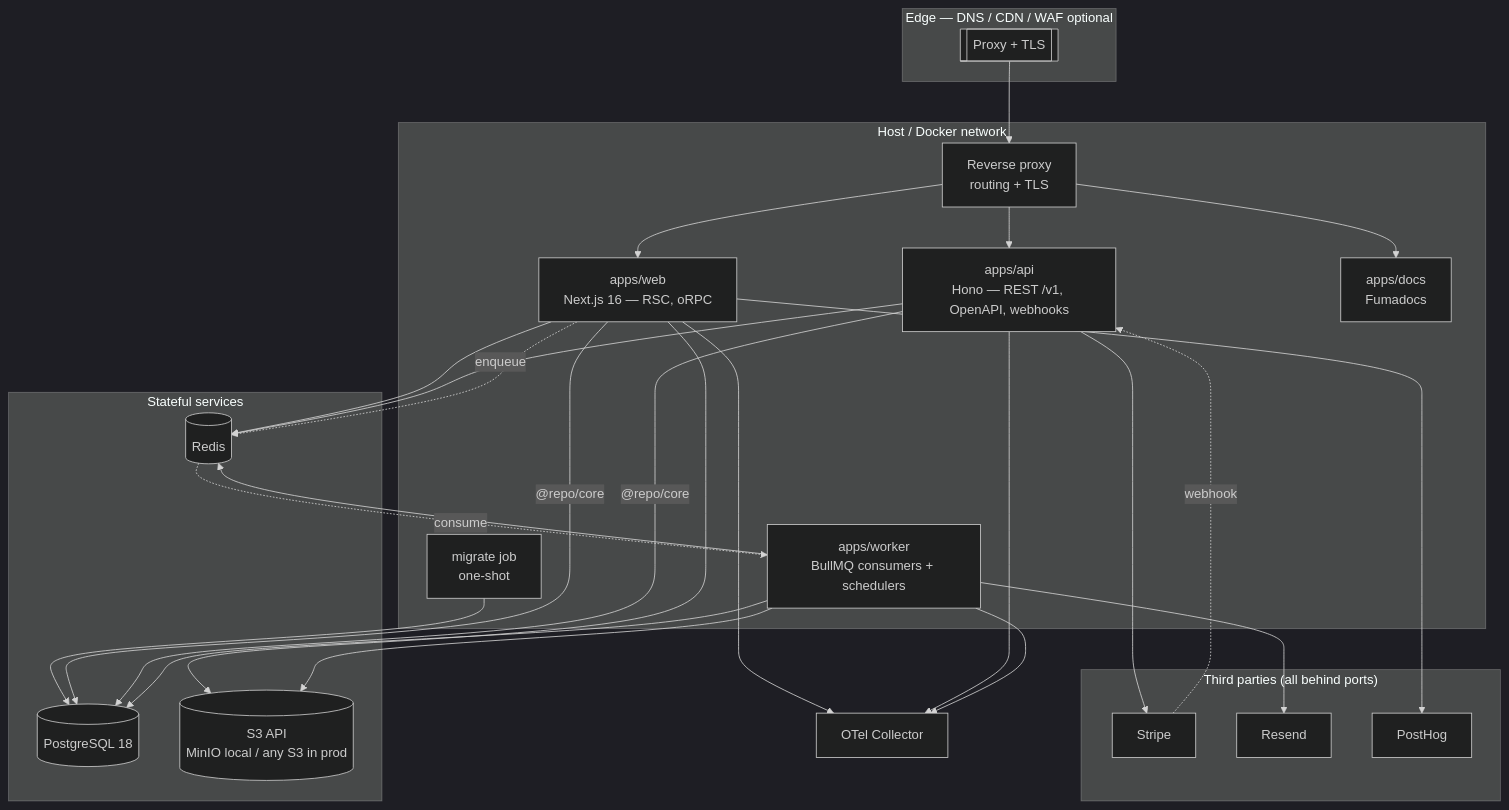
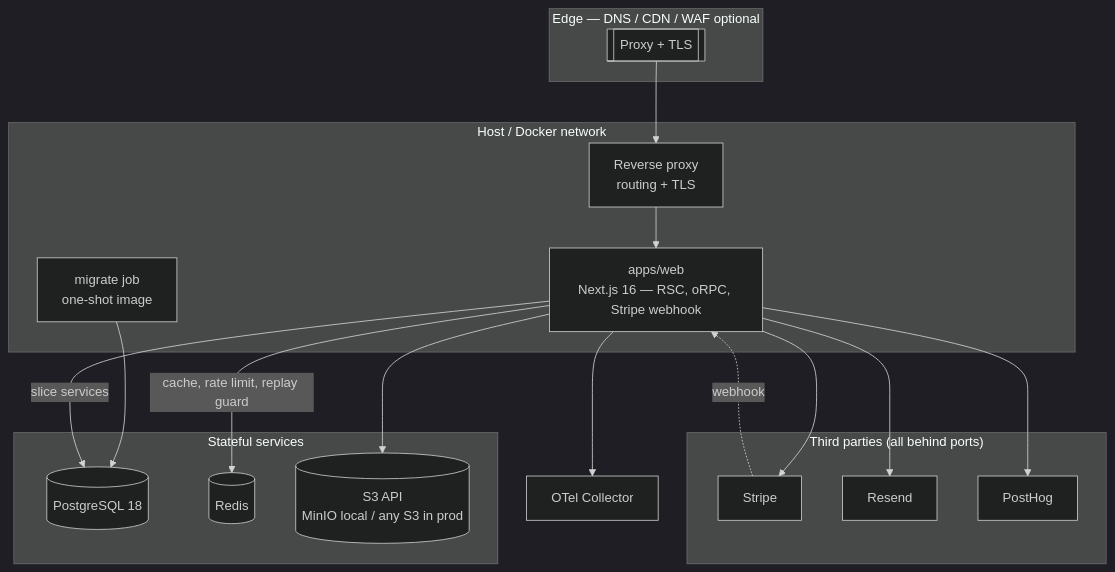
The diagram in docs/architecture/README.md (jleveneur/nextjs-boilerplate), drawn with Mermaid (dark theme) before and after one commit. The commit also changed other lines of this file and 349 other files, not shown here.

First line of the commit message:
refactor!: simplify to one app, split core into kernel + slice packages (#122)

````diff
--- a/docs/architecture/README.md
+++ b/docs/architecture/README.md
@@ -227,55 +226,40 @@
 ```mermaid
 flowchart TB
     subgraph edge["Edge — DNS / CDN / WAF optional"]
         CF[["Proxy + TLS"]]
     end
 
     subgraph host["Host / Docker network"]
         TR["Reverse proxy<br/>routing + TLS"]
-        WEB["apps/web<br/>Next.js 16 — RSC, oRPC"]
-        API["apps/api<br/>Hono — REST /v1, OpenAPI, webhooks"]
-        WORKER["apps/worker<br/>BullMQ consumers + schedulers"]
-        DOCS["apps/docs<br/>Fumadocs"]
-        MIG["migrate job<br/>one-shot"]
+        WEB["apps/web<br/>Next.js 16 — RSC, oRPC, Stripe webhook"]
+        MIG["migrate job<br/>one-shot image"]
     end
 
     subgraph data["Stateful services"]
         PG[("PostgreSQL 18")]
         RD[("Redis")]
         S3[("S3 API<br/>MinIO local / any S3 in prod")]
     end
 
     subgraph ext["Third parties (all behind ports)"]
         STR["Stripe"]
         RES["Resend"]
         PH["PostHog"]
     end
 
     CF --> TR
     TR --> WEB
-    TR --> API
-    TR --> DOCS
     MIG --> PG
 
-    WEB -->|"@repo/core"| PG
-    API -->|"@repo/core"| PG
-    WORKER --> PG
-    WEB --> RD
-    API --> RD
-    WORKER --> RD
+    WEB -->|"slice services"| PG
+    WEB -->|"cache, rate limit, replay guard"| RD
     WEB --> S3
-    WORKER --> S3
 
-    WEB -.->|enqueue| RD
-    RD -.->|consume| WORKER
-
-    API --> STR
-    STR -.->|webhook| API
-    WORKER --> RES
+    WEB --> STR
+    STR -.->|webhook| WEB
+    WEB --> RES
     WEB --> PH
 
     OTEL["OTel Collector"]
     WEB --> OTEL
-    API --> OTEL
-    WORKER --> OTEL
 ```
````
